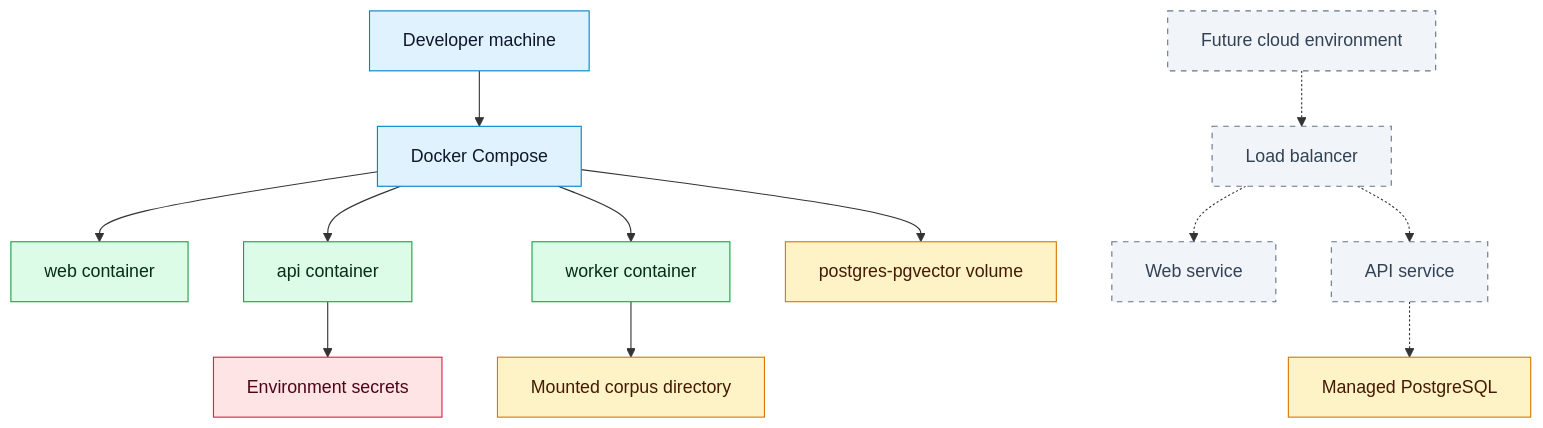
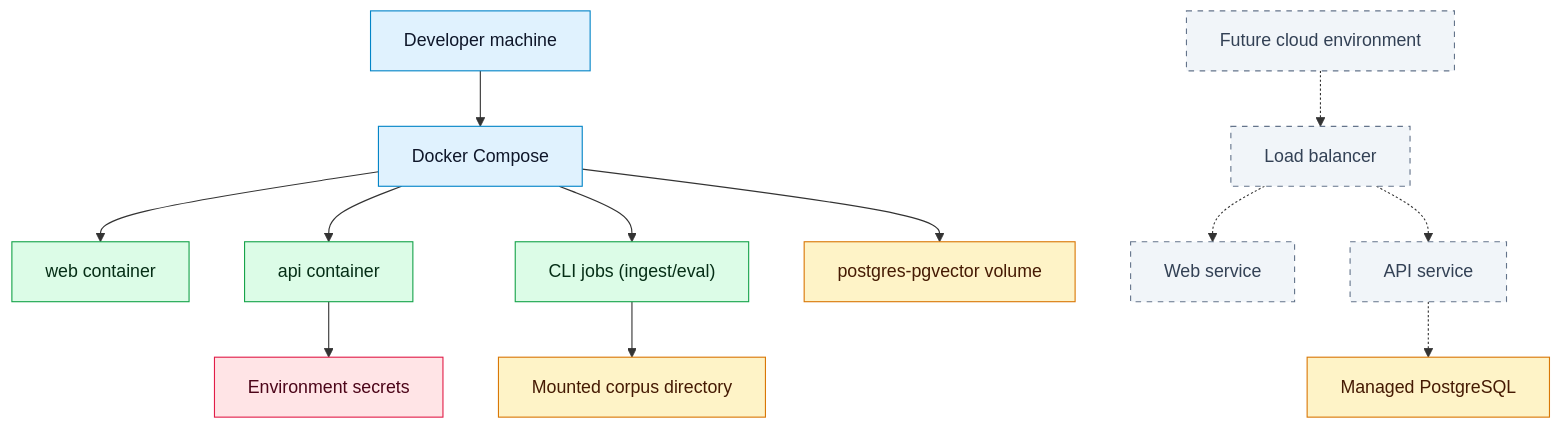
One commit to bluefate/spacebio-evidence-engine changed the diagram in docs/architecture/DEPLOYMENT_ARCHITECTURE.md. Above: the diagram before and after it, drawn with Mermaid. The commit also changed other lines of this file and 41 other files, not shown here.

````diff
--- a/docs/architecture/DEPLOYMENT_ARCHITECTURE.md
+++ b/docs/architecture/DEPLOYMENT_ARCHITECTURE.md
@@ -13,26 +13,26 @@
 ```mermaid
 flowchart TD
   Dev["Developer machine"] --> Compose["Docker Compose"]
   Compose --> Web["web container"]
   Compose --> API["api container"]
-  Compose --> Worker["worker container"]
+  Compose --> CLI["CLI jobs (ingest/eval)"]
   Compose --> DB["postgres-pgvector volume"]
   API --> Env["Environment secrets"]
-  Worker --> Corpus["Mounted corpus directory"]
+  CLI --> Corpus["Mounted corpus directory"]
   Cloud["Future cloud environment"] -.-> LB["Load balancer"]
   LB -.-> CloudWeb["Web service"]
   LB -.-> CloudAPI["API service"]
   CloudAPI -.-> ManagedDB["Managed PostgreSQL"]
 
   classDef local fill:#E0F2FE,stroke:#0284C7,color:#0F172A
   classDef service fill:#DCFCE7,stroke:#16A34A,color:#052E16
   classDef data fill:#FEF3C7,stroke:#D97706,color:#451A03
   classDef secret fill:#FFE4E6,stroke:#E11D48,color:#4C0519
   classDef future fill:#F1F5F9,stroke:#64748B,stroke-dasharray: 5 5,color:#334155
 
   class Dev,Compose local
-  class Web,API,Worker service
+  class Web,API,CLI service
   class DB,Corpus,ManagedDB data
   class Env secret
   class Cloud,LB,CloudWeb,CloudAPI future
 ```
````
